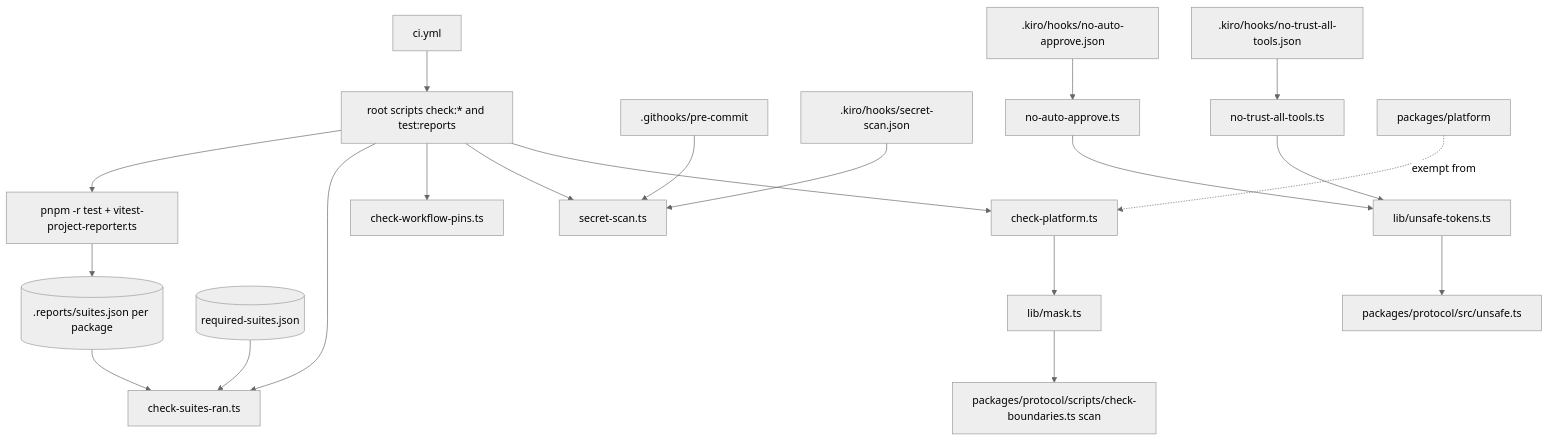
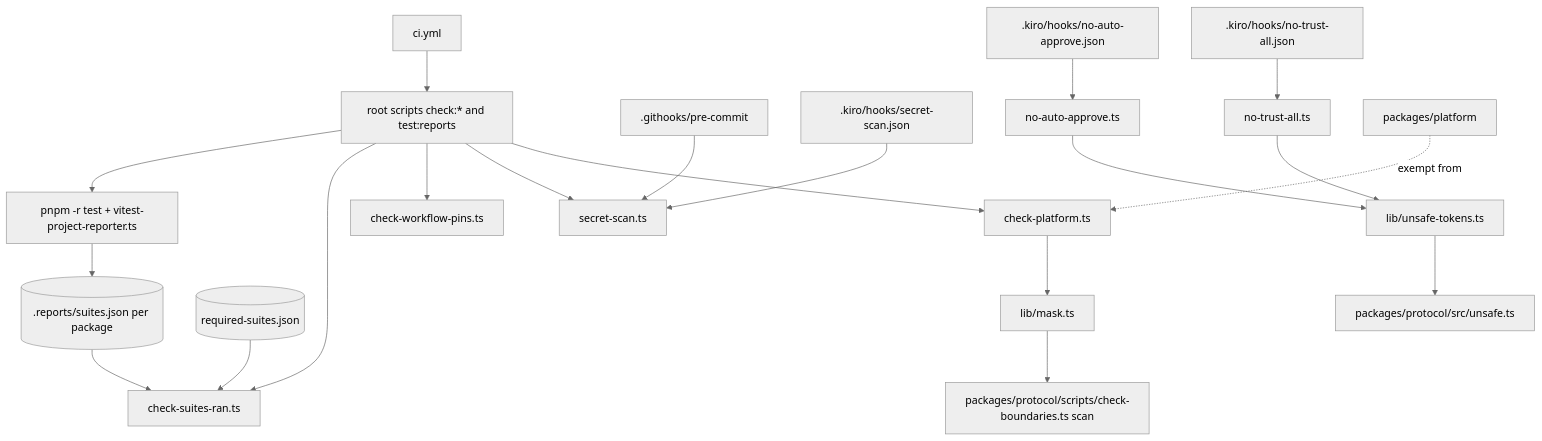
One commit to meawpipat/wraith changed the diagram in .kiro/specs/s-ops-packaging/design.md. Above: the diagram before and after it, drawn with Mermaid (neutral theme). The commit also changed other lines of this file and 18 other files, not shown here.

Commit message:
[P0][S-ops-packaging] Group 9: SI hooks no-trust-all and no-auto-approve (P0-D6 supports)

````diff
--- a/.kiro/specs/s-ops-packaging/design.md
+++ b/.kiro/specs/s-ops-packaging/design.md
@@ -85,22 +85,22 @@
 ```mermaid
 flowchart TD
   CI[ci.yml] --> RS[root scripts check:* and test:reports]
   RS --> CP[check-platform.ts]
   RS --> SS[secret-scan.ts]
   RS --> WP[check-workflow-pins.ts]
   RS --> SU[check-suites-ran.ts]
   RS --> VT[pnpm -r test + vitest-project-reporter.ts]
   VT --> REP[(.reports/suites.json per package)]
   REP --> SU
   RQ[(required-suites.json)] --> SU
   PCH[.githooks/pre-commit] --> SS
   KH1[.kiro/hooks/secret-scan.json] --> SS
-  KH2[.kiro/hooks/no-trust-all-tools.json] --> SI1[no-trust-all-tools.ts]
+  KH2[.kiro/hooks/no-trust-all.json] --> SI1[no-trust-all.ts]
   KH3[.kiro/hooks/no-auto-approve.json] --> SI2[no-auto-approve.ts]
   CP --> MASK[lib/mask.ts]
   MASK --> PB[packages/protocol/scripts/check-boundaries.ts scan]
   SI1 --> UT[lib/unsafe-tokens.ts]
   SI2 --> UT
   UT --> UNSAFE[packages/protocol/src/unsafe.ts]
   PLAT[packages/platform] -. exempt from .-> CP
 ```
````
